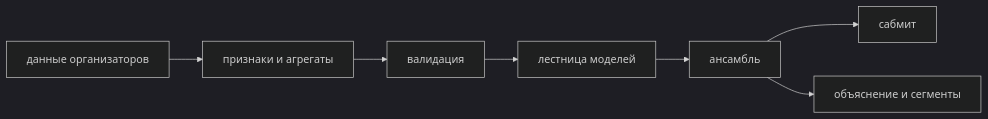
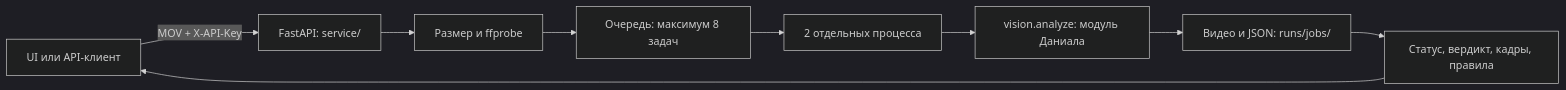
Before and after one commit to DanialMyrzatayevMuratovich/datathon26: the diagram in README.md, drawn with Mermaid (dark theme). The commit also changed other lines of this file and 13 other files, not shown here.

Commit message:
[asylbek] checkpoint 14:23: feat: add secure video API, bounded workers and team handoff (R1-R5 R9)

````diff
--- a/README.md
+++ b/README.md
@@ -26,9 +21,11 @@
 ```mermaid
 flowchart LR
-  raw[данные организаторов] --> feats[признаки и агрегаты]
-  feats --> cv[валидация]
-  cv --> models[лестница моделей]
-  models --> ens[ансамбль]
-  ens --> sub[сабмит]
-  ens --> why[объяснение и сегменты]
+  user[UI или API-клиент] -->|MOV + X-API-Key| api[FastAPI: service/]
+  api --> probe[Размер и ffprobe]
+  probe --> queue[Очередь: максимум 8 задач]
+  queue --> workers[2 отдельных процесса]
+  workers --> vision[vision.analyze: модуль Даниала]
+  vision --> storage[Видео и JSON: runs/jobs/]
+  storage --> result[Статус, вердикт, кадры, правила]
+  result --> user
 ```
````
